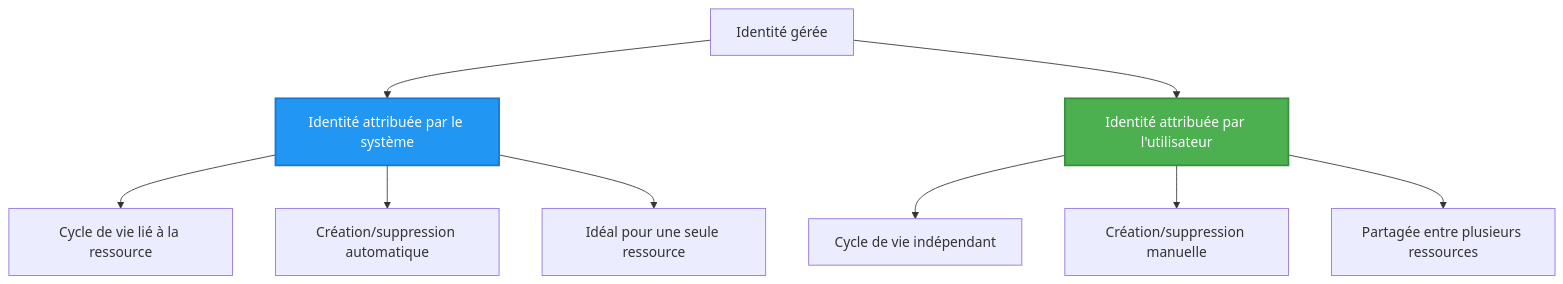
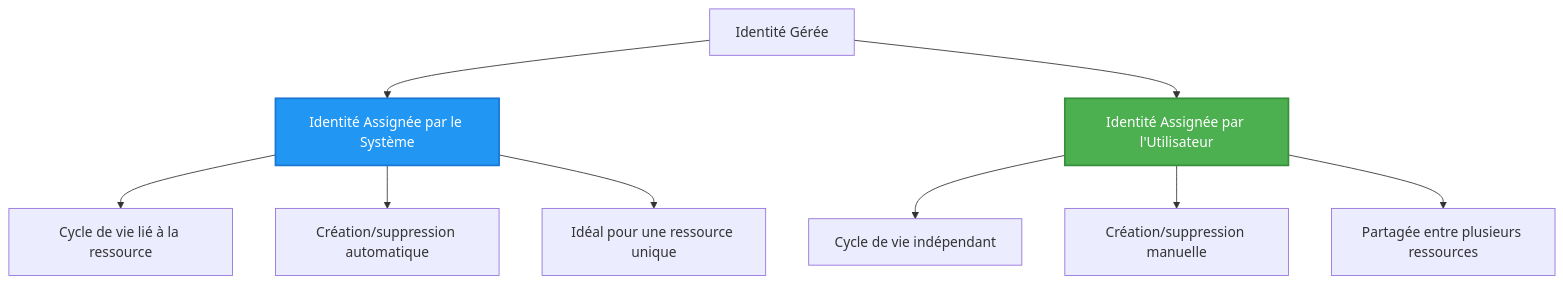
One commit to microsoft/AZD-for-beginners changed the second of 2 diagrams in translations/fr/docs/chapter-03-configuration/authsecurity.md. Above: the diagram before and after it, drawn with Mermaid. The commit also changed other lines of this file and 104 other files, not shown here.

````diff
--- a/translations/fr/docs/chapter-03-configuration/authsecurity.md
+++ b/translations/fr/docs/chapter-03-configuration/authsecurity.md
@@ -97,20 +98,20 @@
 ```mermaid
 graph TB
-    MI[Identité gérée]
-    SystemAssigned[Identité attribuée par le système]
-    UserAssigned[Identité attribuée par l'utilisateur]
+    MI[Identité Gérée]
+    SystemAssigned[Identité Assignée par le Système]
+    UserAssigned[Identité Assignée par l'Utilisateur]
     
     MI --> SystemAssigned
     MI --> UserAssigned
     
     SystemAssigned --> SA1[Cycle de vie lié à la ressource]
     SystemAssigned --> SA2[Création/suppression automatique]
-    SystemAssigned --> SA3[Idéal pour une seule ressource]
+    SystemAssigned --> SA3[Idéal pour une ressource unique]
     
     UserAssigned --> UA1[Cycle de vie indépendant]
     UserAssigned --> UA2[Création/suppression manuelle]
     UserAssigned --> UA3[Partagée entre plusieurs ressources]
     
     style SystemAssigned fill:#2196F3,stroke:#1976D2,stroke-width:2px,color:#fff
     style UserAssigned fill:#4CAF50,stroke:#388E3C,stroke-width:2px,color:#fff
 ```
````
